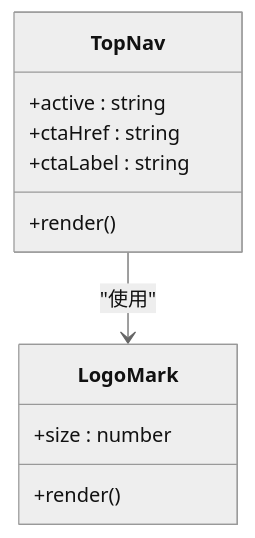
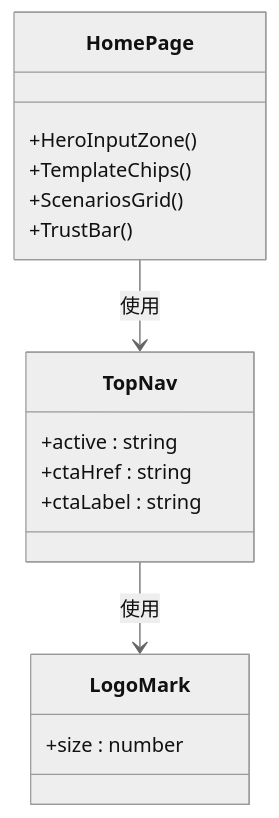
One commit to marvin9551/InsightMesh changed the fourth of 5 diagrams in .qoder/repowiki/zh/content/项目架构/项目架构.md. Above: the diagram before and after it, drawn with Mermaid (neutral theme). The commit also changed other lines of this file and 10 other files, not shown here.

````diff
--- a/.qoder/repowiki/zh/content/项目架构/项目架构.md
+++ b/.qoder/repowiki/zh/content/项目架构/项目架构.md
@@ -233,14 +234,19 @@
 ```mermaid
 classDiagram
+class HomePage {
++HeroInputZone()
++TemplateChips()
++ScenariosGrid()
++TrustBar()
+}
 class TopNav {
 +active : string
 +ctaHref : string
 +ctaLabel : string
-+render()
 }
 class LogoMark {
 +size : number
-+render()
 }
-TopNav --> LogoMark : "使用"
+HomePage --> TopNav : 使用
+TopNav --> LogoMark : 使用
 ```
````
